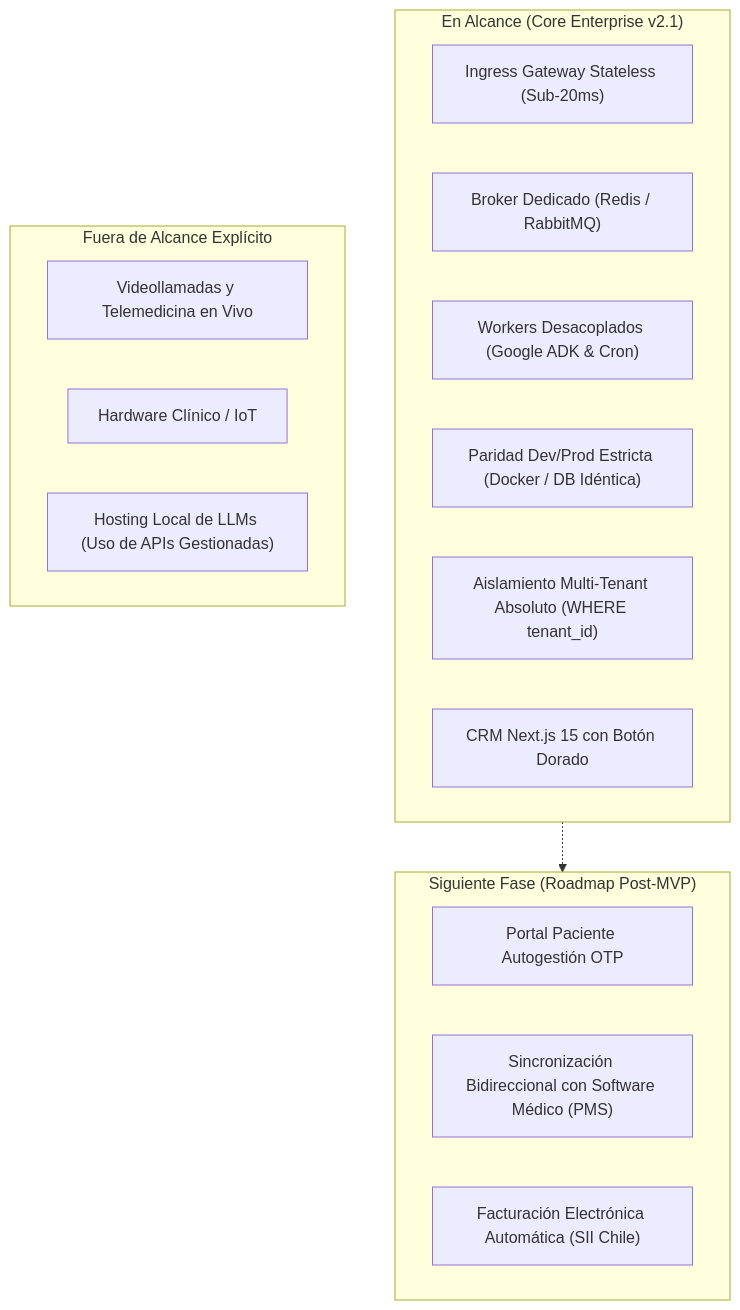
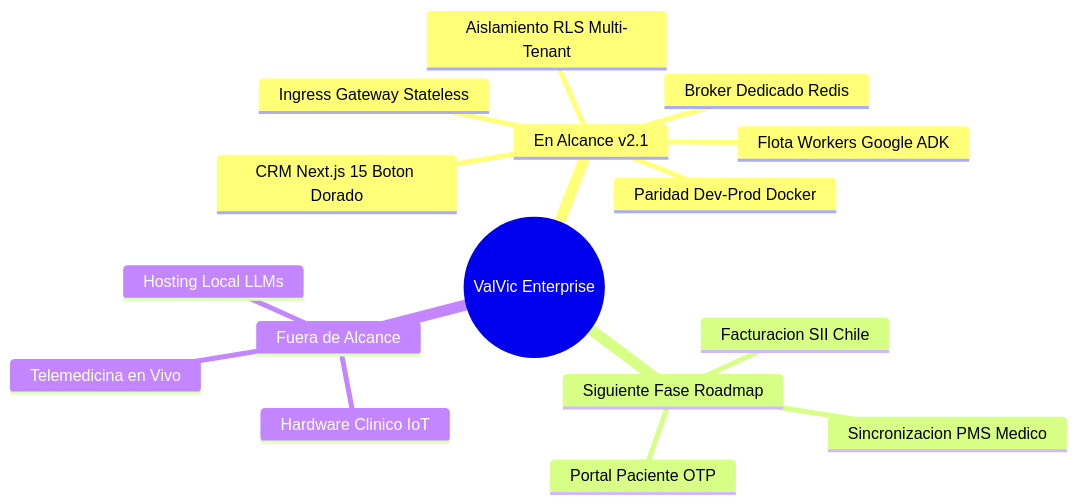
Before and after one commit to vivenegasl/valvic-architecture-and-docs: the first of 3 diagrams in docs/architecture/SAD_SOFTWARE_ARCHITECTURE.md, drawn with Mermaid.

Commit message:
docs(sad): enhance scope boundaries with modern interactive mindmap diagram

````diff
--- a/docs/architecture/SAD_SOFTWARE_ARCHITECTURE.md
+++ b/docs/architecture/SAD_SOFTWARE_ARCHITECTURE.md
@@ -47,25 +47,19 @@
 ```mermaid
-flowchart TD
-    subgraph InScope["En Alcance (Core Enterprise v2.1)"]
-        A1["Ingress Gateway Stateless (Sub-20ms)"]
-        A2["Broker Dedicado (Redis / RabbitMQ)"]
-        A3["Workers Desacoplados (Google ADK & Cron)"]
-        A4["Paridad Dev/Prod Estricta (Docker / DB Idéntica)"]
-        A5["Aislamiento Multi-Tenant Absoluto (WHERE tenant_id)"]
-        A6["CRM Next.js 15 con Botón Dorado"]
-    end
-
-    subgraph PostMVP["Siguiente Fase (Roadmap Post-MVP)"]
-        B1["Portal Paciente Autogestión OTP"]
-        B2["Sincronización Bidireccional con Software Médico (PMS)"]
-        B3["Facturación Electrónica Automática (SII Chile)"]
-    end
-
-    subgraph OutOfScope["Fuera de Alcance Explícito"]
-        C1["Videollamadas y Telemedicina en Vivo"]
-        C2["Hardware Clínico / IoT"]
-        C3["Hosting Local de LLMs (Uso de APIs Gestionadas)"]
-    end
-
-    InScope -.-> PostMVP
+mindmap
+  root((ValVic Enterprise))
+    En Alcance v2.1
+      Ingress Gateway Stateless
+      Broker Dedicado Redis
+      Flota Workers Google ADK
+      Paridad Dev-Prod Docker
+      Aislamiento RLS Multi-Tenant
+      CRM Next.js 15 Boton Dorado
+    Siguiente Fase Roadmap
+      Portal Paciente OTP
+      Sincronizacion PMS Medico
+      Facturacion SII Chile
+    Fuera de Alcance
+      Telemedicina en Vivo
+      Hardware Clinico IoT
+      Hosting Local LLMs
 ```
````
